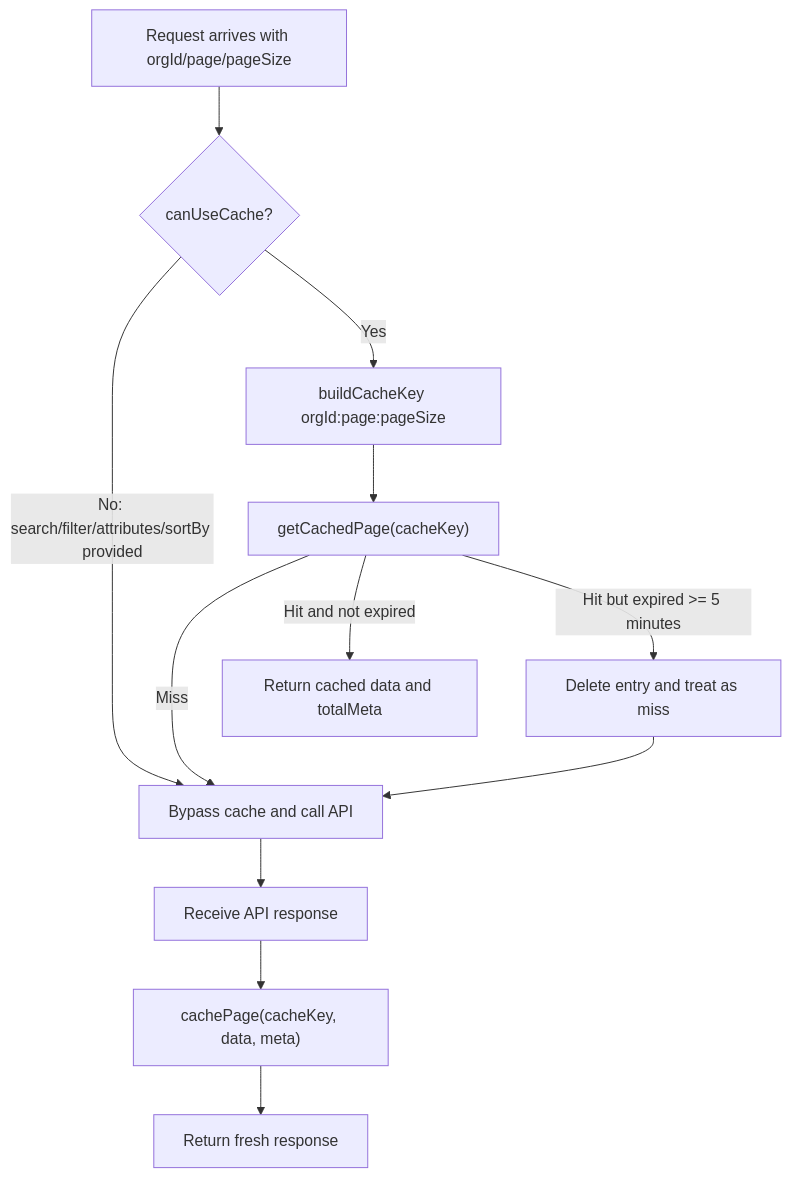
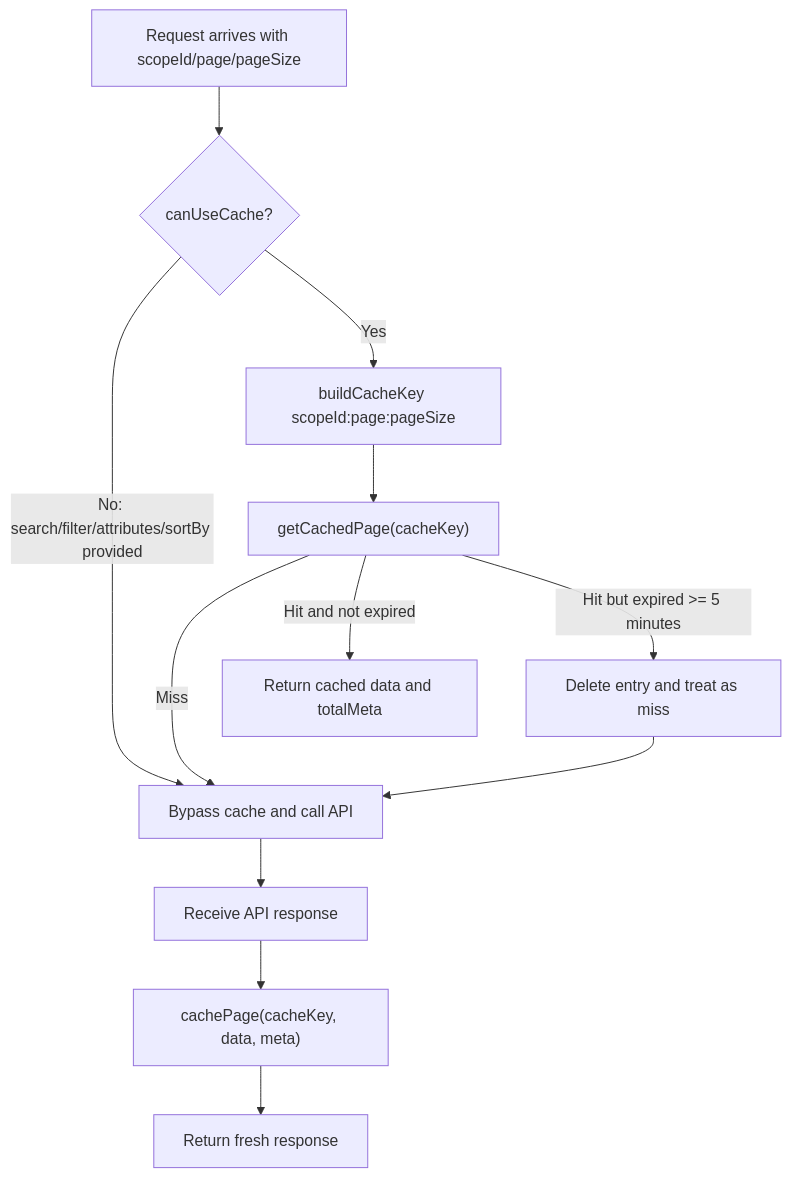
One commit to webex/webex-js-sdk changed the first of 2 diagrams in packages/@webex/contact-center/src/utils/AGENTS.md. Above: the diagram before and after it, drawn with Mermaid. The commit also changed other lines of this file, not shown here.

````diff
--- a/packages/@webex/contact-center/src/utils/AGENTS.md
+++ b/packages/@webex/contact-center/src/utils/AGENTS.md
@@ -68,14 +78,14 @@
 ```mermaid
 graph TD
-  A[Request arrives with orgId/page/pageSize] --> B{canUseCache?}
+  A[Request arrives with scopeId/page/pageSize] --> B{canUseCache?}
   B -->|No: search/filter/attributes/sortBy provided| C[Bypass cache and call API]
-  B -->|Yes| D[buildCacheKey orgId:page:pageSize]
+  B -->|Yes| D[buildCacheKey scopeId:page:pageSize]
   D --> E["getCachedPage(cacheKey)"]
   E -->|Miss| C
   E -->|Hit and not expired| F[Return cached data and totalMeta]
   E -->|Hit but expired >= 5 minutes| G[Delete entry and treat as miss]
   G --> C
   C --> H[Receive API response]
   H --> I["cachePage(cacheKey, data, meta)"]
   I --> J[Return fresh response]
 ```
````
